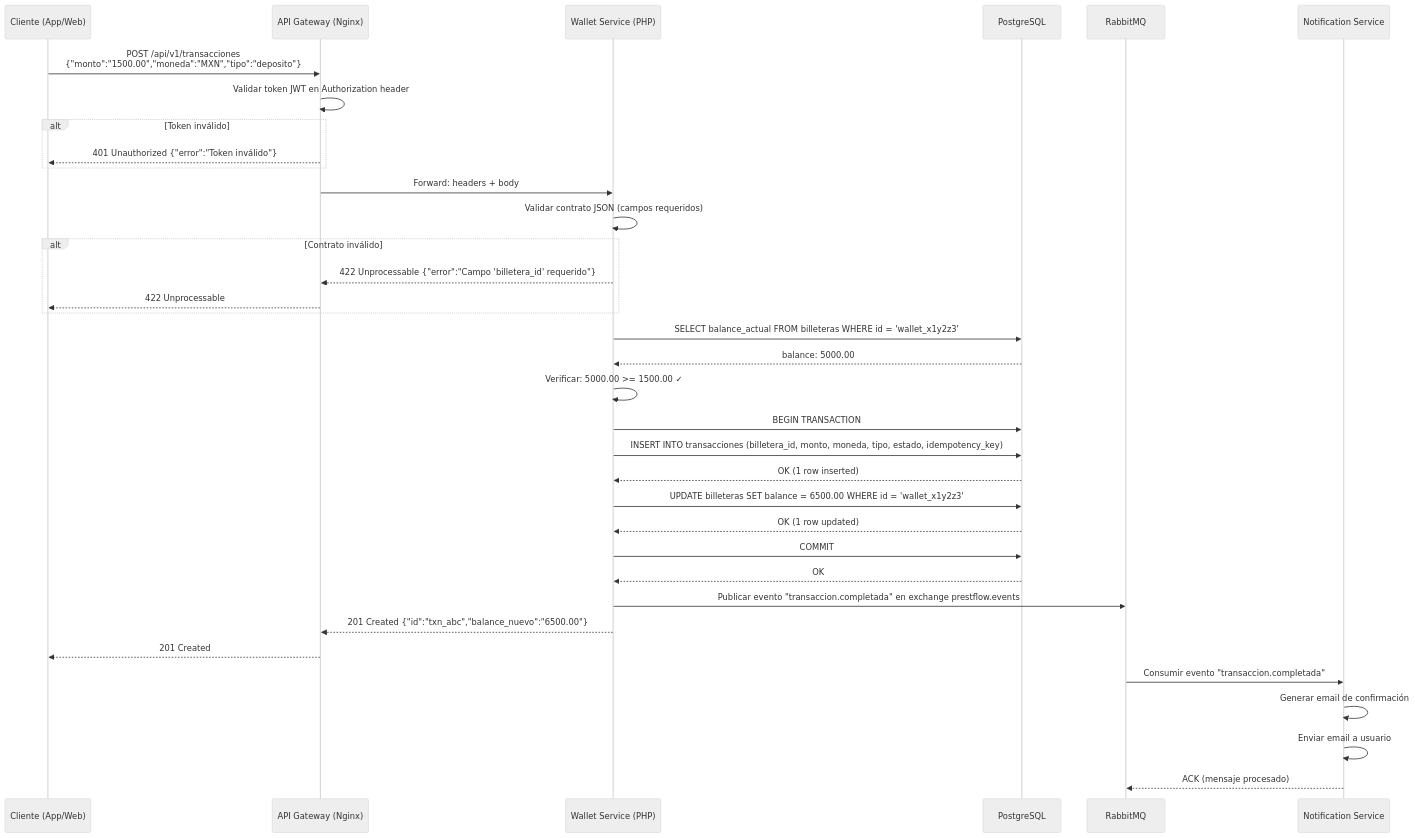
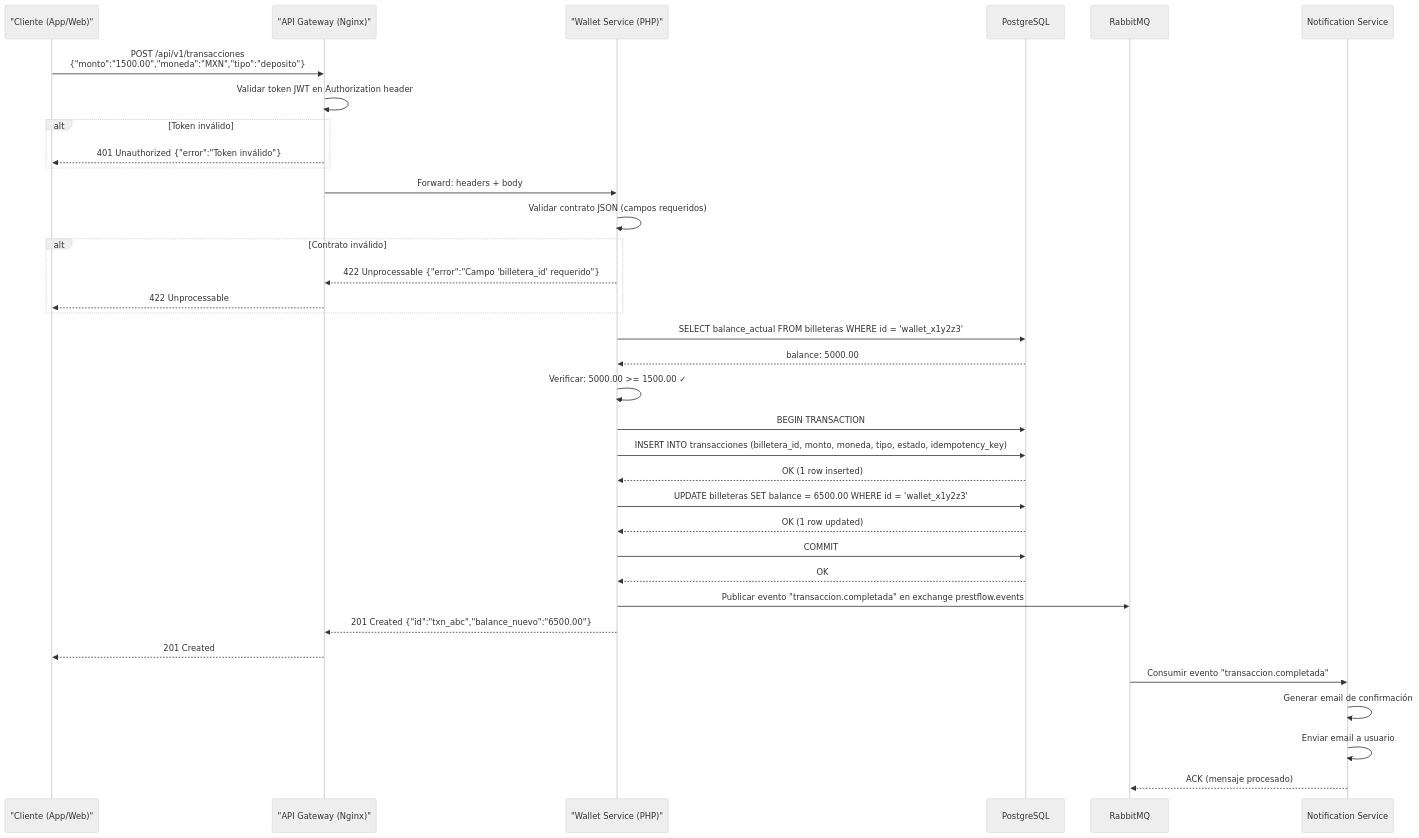
Before and after one commit to jlaguna553/curso-fsc-php: the diagram in parte0/ejercicios/0.2-sequence-diagram.md, drawn with Mermaid (neutral theme). The commit also changed 2 other files, not shown here.

Commit message:
fix(parte0): citar participantes con paréntesis en sequence diagrams
Mermaid sequenceDiagram no acepta paréntesis/slashes en aliases sin comillas: "Cliente (curl)", "TCP/TLS", "Servidor (PHP)". Fix en fuente ejercicio + docs regenerados.

Ultraworked with [Sisyphus](https://github.com/code-yeongyu/oh-my-openagent)

````diff
--- a/parte0/ejercicios/0.2-sequence-diagram.md
+++ b/parte0/ejercicios/0.2-sequence-diagram.md
@@ -21,38 +21,38 @@
 ```mermaid
 sequenceDiagram
-    participant C as Cliente (App/Web)
-    participant GW as API Gateway (Nginx)
-    participant WS as Wallet Service (PHP)
+    participant C as "Cliente (App/Web)"
+    participant GW as "API Gateway (Nginx)"
+    participant WS as "Wallet Service (PHP)"
     participant DB as PostgreSQL
     participant MQ as RabbitMQ
     participant NS as Notification Service
 
     C->>GW: POST /api/v1/transacciones<br/>{"monto":"1500.00","moneda":"MXN","tipo":"deposito"}
     GW->>GW: Validar token JWT en Authorization header
     alt Token inválido
         GW-->>C: 401 Unauthorized {"error":"Token inválido"}
     end
     GW->>WS: Forward: headers + body
     WS->>WS: Validar contrato JSON (campos requeridos)
     alt Contrato inválido
         WS-->>GW: 422 Unprocessable {"error":"Campo 'billetera_id' requerido"}
         GW-->>C: 422 Unprocessable
     end
     WS->>DB: SELECT balance_actual FROM billeteras WHERE id = 'wallet_x1y2z3'
     DB-->>WS: balance: 5000.00
     WS->>WS: Verificar: 5000.00 >= 1500.00 ✓
     WS->>DB: BEGIN TRANSACTION
     WS->>DB: INSERT INTO transacciones (billetera_id, monto, moneda, tipo, estado, idempotency_key)
     DB-->>WS: OK (1 row inserted)
     WS->>DB: UPDATE billeteras SET balance = 6500.00 WHERE id = 'wallet_x1y2z3'
     DB-->>WS: OK (1 row updated)
     WS->>DB: COMMIT
     DB-->>WS: OK
     WS->>MQ: Publicar evento "transaccion.completada" en exchange prestflow.events
     WS-->>GW: 201 Created {"id":"txn_abc","balance_nuevo":"6500.00"}
     GW-->>C: 201 Created
     MQ->>NS: Consumir evento "transaccion.completada"
     NS->>NS: Generar email de confirmación
     NS->>NS: Enviar email a usuario
     NS-->>MQ: ACK (mensaje procesado)
 ```
````
